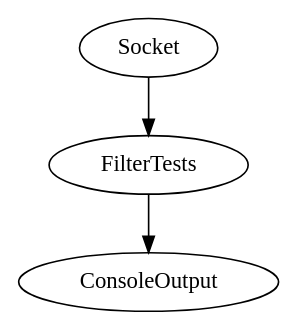
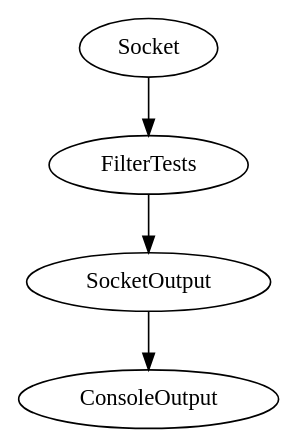
The diagram in config.dot (sinkingpoint/clogger), drawn with Graphviz before and after one commit. The commit also changed 6 other files, not shown here.

```diff
--- a/config.dot
+++ b/config.dot
@@ -1,7 +1,9 @@
 digraph pipeline {
-  Socket [type=socket parser=newline]
+  Socket [type=tcp parser=newline]
   ConsoleOutput [type=stdout format=console color=true]
   FilterTests [type=tengo file="test.tengo"]
+  SocketOutput [type=tcp destination="localhost:8080" format=json]
 
-  Socket -> FilterTests -> ConsoleOutput
+  Socket -> FilterTests -> SocketOutput
+  SocketOutput -> ConsoleOutput [type=Buffer]
 }
```
